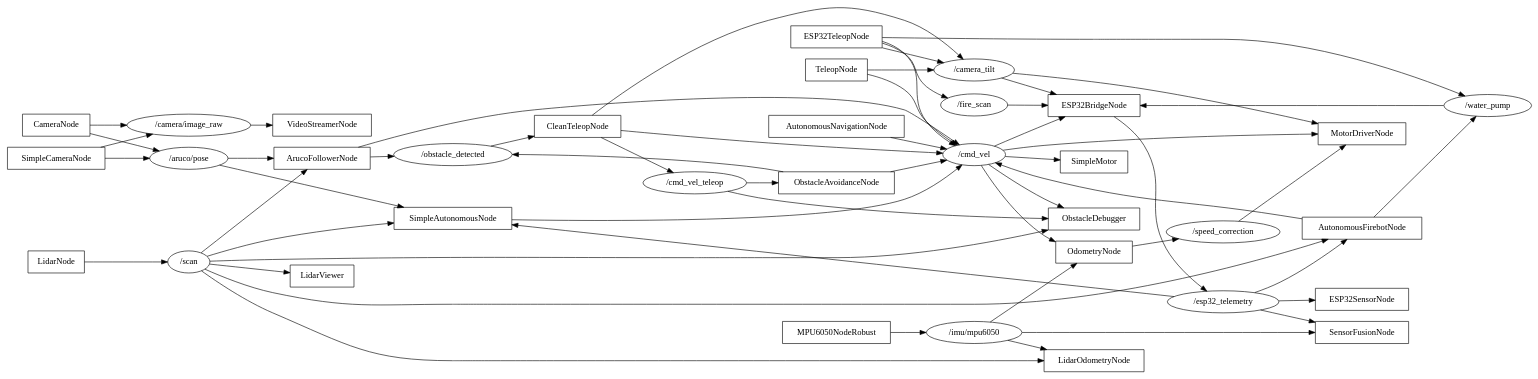
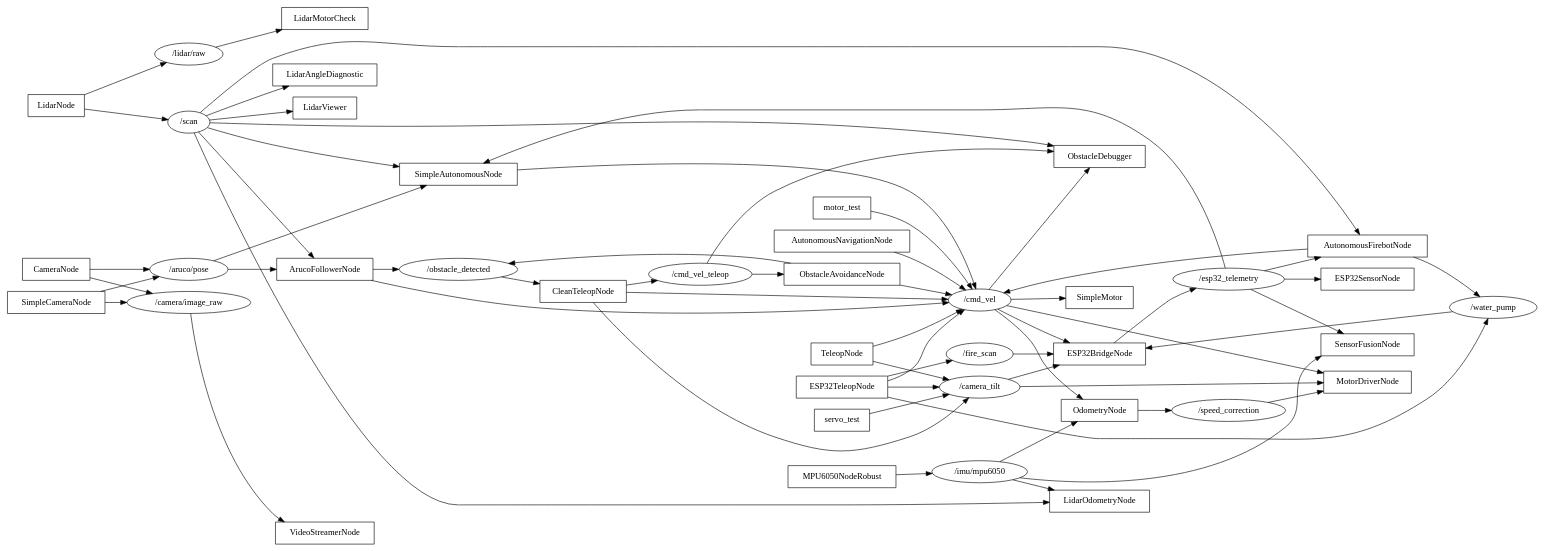
One commit to sabarixr/PyroPatrol-ROS changed the diagram in ros_graph_filtered.dot. Above: the diagram before and after it, drawn with Graphviz. The commit also changed 100 other files, not shown here.

Commit message:
chore: keep canonical teleop_node_clean; remove duplicate teleop implementations and update setup entrypoints

```diff
--- a/ros_graph_filtered.dot
+++ b/ros_graph_filtered.dot
@@ -1,92 +1,102 @@
 digraph ros {
   rankdir=LR;
   node [shape=box];
+  "LidarMotorCheck" [shape=box];
+  "motor_test" [shape=box];
+  "servo_test" [shape=box];
   "ObstacleDebugger" [shape=box];
+  "LidarAngleDiagnostic" [shape=box];
   "LidarViewer" [shape=box];
   "TeleopNode" [shape=box];
   "MotorDriverNode" [shape=box];
   "CleanTeleopNode" [shape=box];
   "ESP32BridgeNode" [shape=box];
   "SimpleMotor" [shape=box];
   "VideoStreamerNode" [shape=box];
   "SimpleAutonomousNode" [shape=box];
   "AutonomousNavigationNode" [shape=box];
   "ArucoFollowerNode" [shape=box];
   "ESP32TeleopNode" [shape=box];
   "AutonomousFirebotNode" [shape=box];
   "CameraNode" [shape=box];
   "SimpleCameraNode" [shape=box];
   "LidarOdometryNode" [shape=box];
   "MPU6050NodeRobust" [shape=box];
   "ObstacleAvoidanceNode" [shape=box];
   "SensorFusionNode" [shape=box];
   "ESP32SensorNode" [shape=box];
   "LidarNode" [shape=box];
   "OdometryNode" [shape=box];
+  "/lidar/raw" [shape=oval];
+  "LidarNode" -> "/lidar/raw";
+  "/lidar/raw" -> "LidarMotorCheck";
+  "/cmd_vel" [shape=oval];
+  "ESP32TeleopNode" -> "/cmd_vel";
+  "motor_test" -> "/cmd_vel";
+  "AutonomousFirebotNode" -> "/cmd_vel";
+  "CleanTeleopNode" -> "/cmd_vel";
+  "ArucoFollowerNode" -> "/cmd_vel";
+  "AutonomousNavigationNode" -> "/cmd_vel";
+  "ObstacleAvoidanceNode" -> "/cmd_vel";
+  "TeleopNode" -> "/cmd_vel";
+  "SimpleAutonomousNode" -> "/cmd_vel";
+  "/cmd_vel" -> "SimpleMotor";
+  "/cmd_vel" -> "ESP32BridgeNode";
+  "/cmd_vel" -> "ObstacleDebugger";
+  "/cmd_vel" -> "OdometryNode";
+  "/cmd_vel" -> "MotorDriverNode";
+  "/camera_tilt" [shape=oval];
+  "ESP32TeleopNode" -> "/camera_tilt";
+  "CleanTeleopNode" -> "/camera_tilt";
+  "TeleopNode" -> "/camera_tilt";
+  "servo_test" -> "/camera_tilt";
+  "/camera_tilt" -> "ESP32BridgeNode";
+  "/camera_tilt" -> "MotorDriverNode";
   "/scan" [shape=oval];
   "LidarNode" -> "/scan";
+  "/scan" -> "LidarAngleDiagnostic";
+  "/scan" -> "LidarViewer";
+  "/scan" -> "AutonomousFirebotNode";
+  "/scan" -> "ArucoFollowerNode";
   "/scan" -> "ObstacleDebugger";
   "/scan" -> "LidarOdometryNode";
   "/scan" -> "SimpleAutonomousNode";
-  "/scan" -> "LidarViewer";
-  "/scan" -> "AutonomousFirebotNode";
-  "/scan" -> "ArucoFollowerNode";
   "/cmd_vel_teleop" [shape=oval];
   "CleanTeleopNode" -> "/cmd_vel_teleop";
   "/cmd_vel_teleop" -> "ObstacleDebugger";
   "/cmd_vel_teleop" -> "ObstacleAvoidanceNode";
-  "/cmd_vel" [shape=oval];
-  "CleanTeleopNode" -> "/cmd_vel";
-  "SimpleAutonomousNode" -> "/cmd_vel";
-  "ObstacleAvoidanceNode" -> "/cmd_vel";
-  "AutonomousNavigationNode" -> "/cmd_vel";
-  "TeleopNode" -> "/cmd_vel";
-  "AutonomousFirebotNode" -> "/cmd_vel";
-  "ESP32TeleopNode" -> "/cmd_vel";
-  "ArucoFollowerNode" -> "/cmd_vel";
-  "/cmd_vel" -> "ObstacleDebugger";
-  "/cmd_vel" -> "MotorDriverNode";
-  "/cmd_vel" -> "SimpleMotor";
-  "/cmd_vel" -> "ESP32BridgeNode";
-  "/cmd_vel" -> "OdometryNode";
-  "/camera_tilt" [shape=oval];
-  "ESP32TeleopNode" -> "/camera_tilt";
-  "TeleopNode" -> "/camera_tilt";
-  "CleanTeleopNode" -> "/camera_tilt";
-  "/camera_tilt" -> "MotorDriverNode";
-  "/camera_tilt" -> "ESP32BridgeNode";
   "/speed_correction" [shape=oval];
   "OdometryNode" -> "/speed_correction";
   "/speed_correction" -> "MotorDriverNode";
   "/obstacle_detected" [shape=oval];
+  "ArucoFollowerNode" -> "/obstacle_detected";
   "ObstacleAvoidanceNode" -> "/obstacle_detected";
-  "ArucoFollowerNode" -> "/obstacle_detected";
   "/obstacle_detected" -> "CleanTeleopNode";
   "/esp32_telemetry" [shape=oval];
   "ESP32BridgeNode" -> "/esp32_telemetry";
-  "/esp32_telemetry" -> "SimpleAutonomousNode";
+  "/esp32_telemetry" -> "SensorFusionNode";
   "/esp32_telemetry" -> "ESP32SensorNode";
   "/esp32_telemetry" -> "AutonomousFirebotNode";
-  "/esp32_telemetry" -> "SensorFusionNode";
+  "/esp32_telemetry" -> "SimpleAutonomousNode";
   "/water_pump" [shape=oval];
+  "AutonomousFirebotNode" -> "/water_pump";
   "ESP32TeleopNode" -> "/water_pump";
-  "AutonomousFirebotNode" -> "/water_pump";
   "/water_pump" -> "ESP32BridgeNode";
   "/fire_scan" [shape=oval];
   "ESP32TeleopNode" -> "/fire_scan";
   "/fire_scan" -> "ESP32BridgeNode";
   "/camera/image_raw" [shape=oval];
+  "SimpleCameraNode" -> "/camera/image_raw";
   "CameraNode" -> "/camera/image_raw";
-  "SimpleCameraNode" -> "/camera/image_raw";
   "/camera/image_raw" -> "VideoStreamerNode";
   "/aruco/pose" [shape=oval];
+  "SimpleCameraNode" -> "/aruco/pose";
   "CameraNode" -> "/aruco/pose";
-  "SimpleCameraNode" -> "/aruco/pose";
+  "/aruco/pose" -> "ArucoFollowerNode";
   "/aruco/pose" -> "SimpleAutonomousNode";
-  "/aruco/pose" -> "ArucoFollowerNode";
   "/imu/mpu6050" [shape=oval];
   "MPU6050NodeRobust" -> "/imu/mpu6050";
   "/imu/mpu6050" -> "OdometryNode";
   "/imu/mpu6050" -> "LidarOdometryNode";
   "/imu/mpu6050" -> "SensorFusionNode";
 }
```
